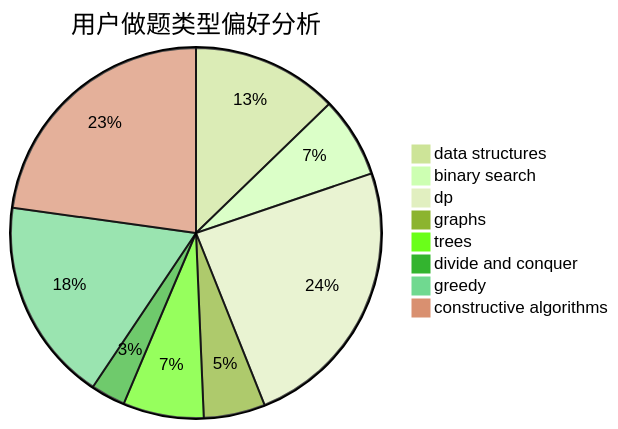
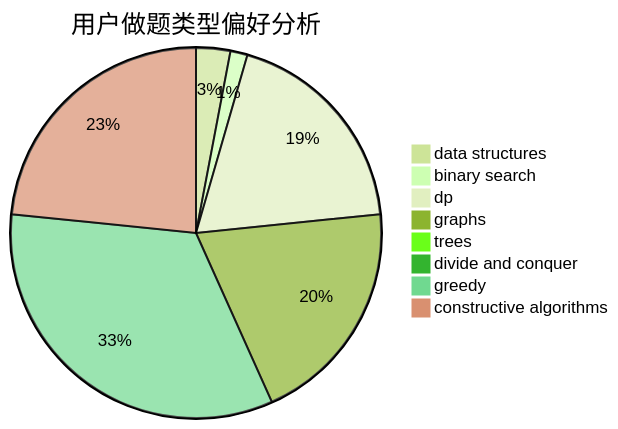
The second of 3 diagrams in docs/user/u1932.md (sherpahu/cfrs.github.io), drawn with Mermaid (forest theme) before and after one commit. The commit also changed other lines of this file and 2770 other files, not shown here.

````diff
--- a/docs/user/u1932.md
+++ b/docs/user/u1932.md
@@ -23,11 +23,11 @@
 ```mermaid
 pie title 用户做题类型偏好分析
-    "data structures" :  38
-    "binary search" :  21
-    "dp" :  72
-    "graphs" :  16
-    "trees" :  21
-    "divide and conquer" :  9
-    "greedy" :  53
-    "constructive algorithms" :  68
+    "data structures" :  6
+    "binary search" :  3
+    "dp" :  38
+    "graphs" :  40
+    "trees" :  0
+    "divide and conquer" :  1
+    "greedy" :  67
+    "constructive algorithms" :  47
 ```
````
